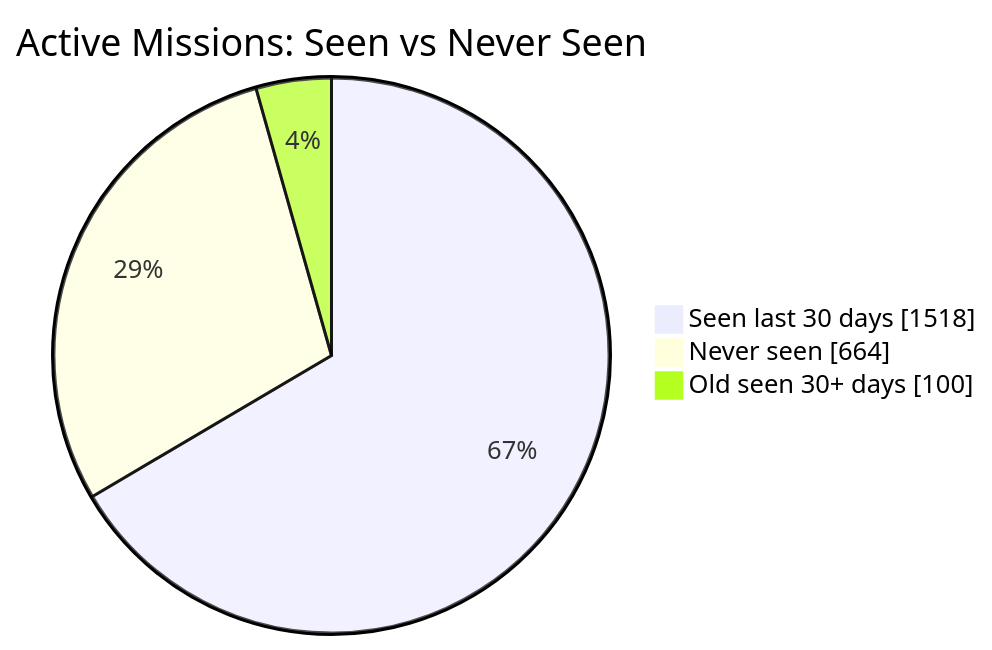
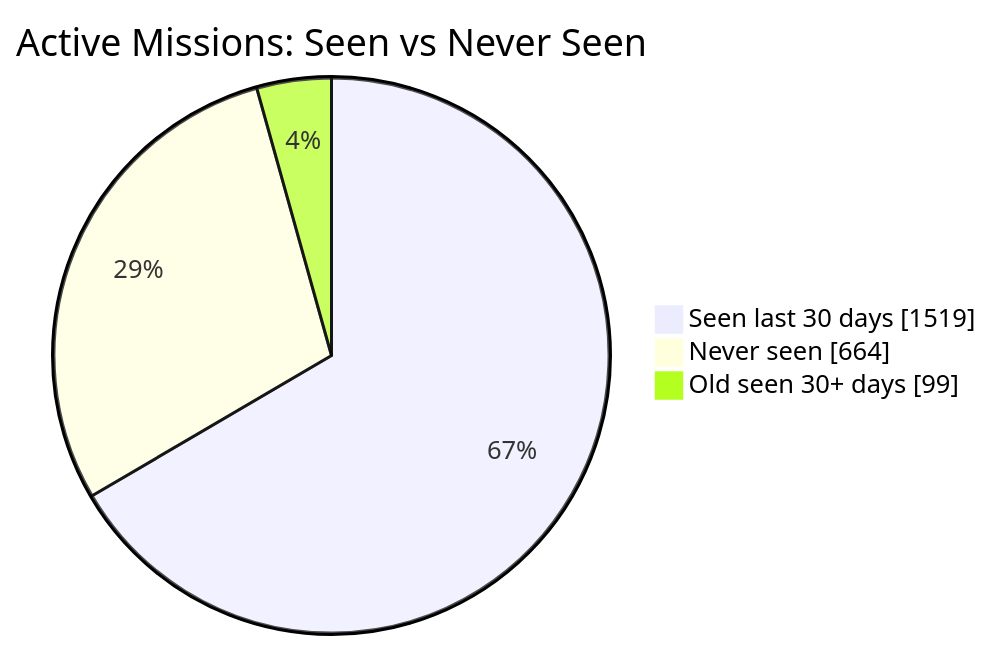
One commit to MeldkamerspelGameTeam/active-missions changed the first of 2 diagrams in README.md. Above: the diagram before and after it, drawn with Mermaid. The commit also changed other lines of this file and 2 other files, not shown here.

````diff
--- a/README.md
+++ b/README.md
@@ -34,7 +34,7 @@
 ```mermaid
 pie showData
     title Active Missions: Seen vs Never Seen
-    "Seen last 30 days" : 1518
+    "Seen last 30 days" : 1519
     "Never seen" : 664
-    "Old seen 30+ days" : 100
+    "Old seen 30+ days" : 99
 ```
````
